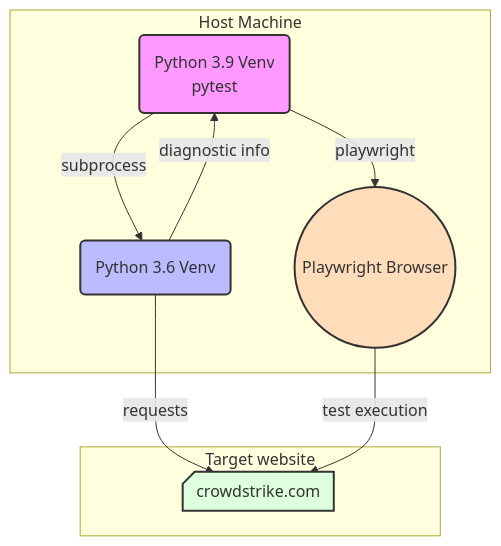
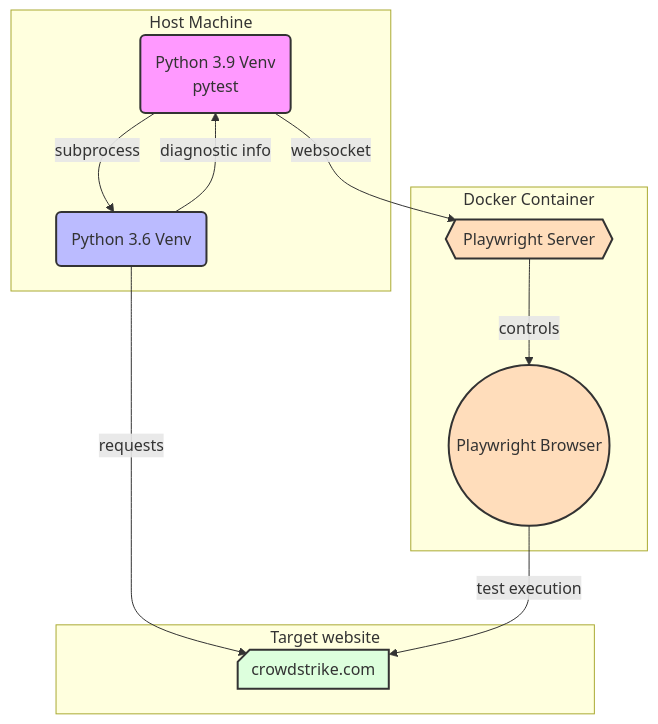
The second of 2 diagrams in README.md (unlikelyzero/python-3.6-playwright), drawn with Mermaid before and after one commit.

````diff
--- a/README.md
+++ b/README.md
@@ -34,23 +34,30 @@
 ```mermaid
 flowchart TB
  subgraph subGraph0["Host Machine"]
         A["Python 3.9 Venv<br>pytest"]
+        B["Python 3.6 Venv"]
+  end
+ subgraph subGraph1["Docker Container"]
         D(("Playwright Browser"))
-        B["Python 3.6 Venv"]
+        E["Playwright Server"]
   end
  subgraph s1["Target website"]
         C["crowdstrike.com"]
   end
     A -- subprocess --> B
     B -- requests --> C
     B -- diagnostic info --> A
-    A -- playwright --> D
+    A -- websocket --> E
+    E -- controls --> D
     D -- test execution --> C
+
     A@{ shape: rounded}
     B@{ shape: rounded}
     C@{ shape: card}
+    E@{ shape: hexagon}
     style A fill:#f9f,stroke:#333,stroke-width:2px
     style D fill:#fdb,stroke:#333,stroke-width:2px
     style B fill:#bbf,stroke:#333,stroke-width:2px
     style C fill:#dfd,stroke:#333,stroke-width:2px
+    style E fill:#fdb,stroke:#333,stroke-width:2px
 ```
````
